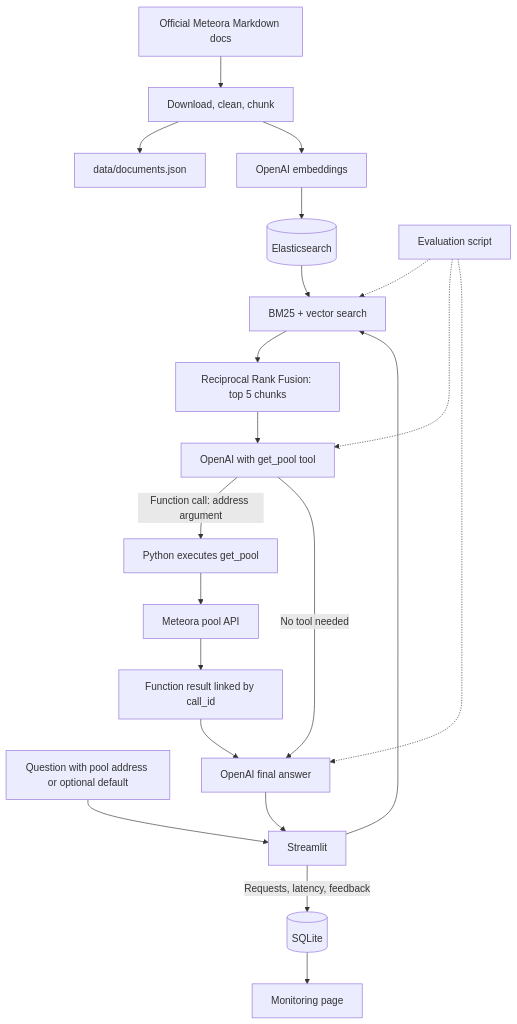
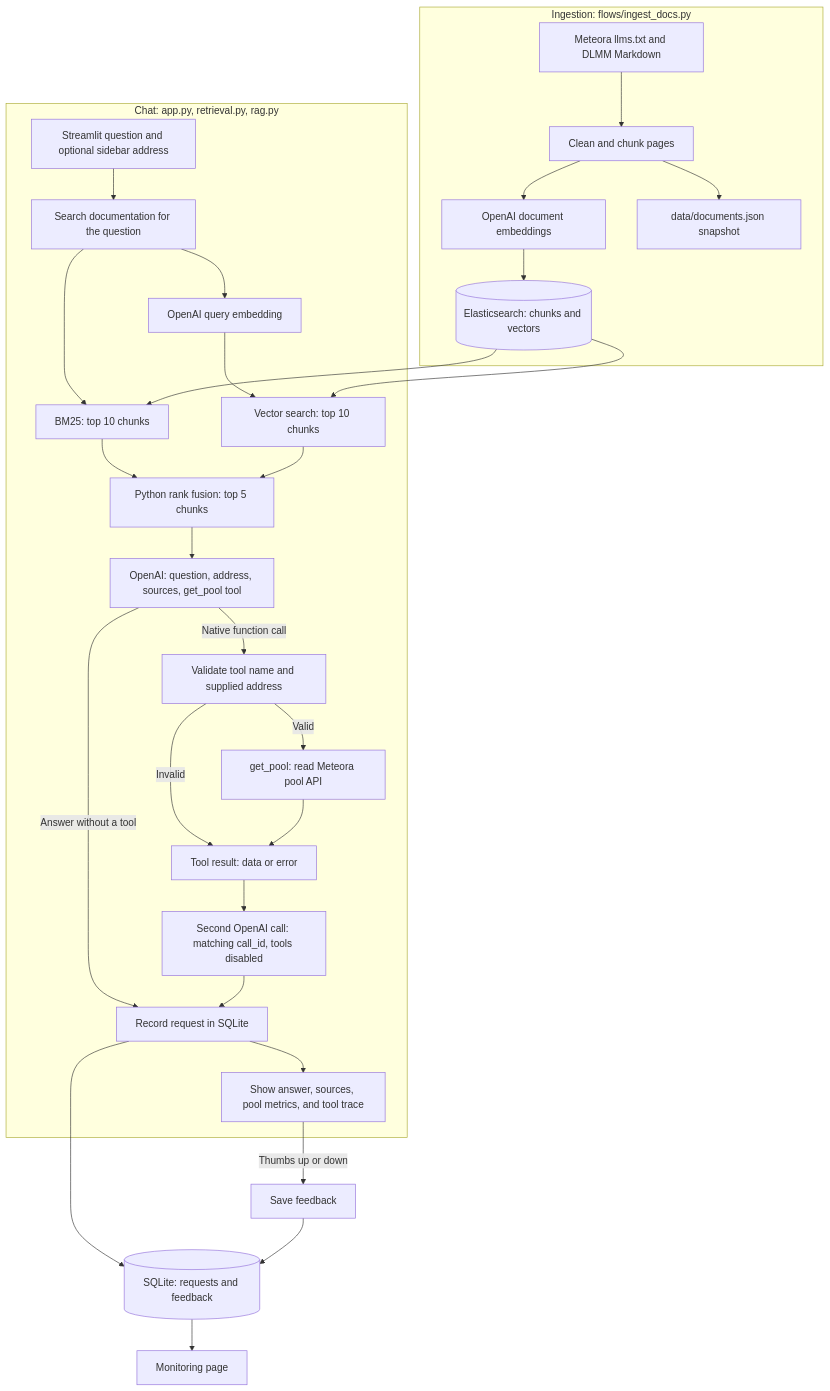
Before and after one commit to Nogromi/llmzoomcamp-capstone: the diagram in README.md, drawn with Mermaid. The commit also changed other lines of this file and 1 other file, not shown here.

Commit message:
Align architecture diagram and include documentation snapshot

````diff
--- a/README.md
+++ b/README.md
@@ -9,25 +9,34 @@
 ```mermaid
 flowchart TD
-    Docs[Official Meteora Markdown docs] --> Ingest[Download, clean, chunk]
-    Ingest --> JSON[data/documents.json]
-    Ingest --> Embed[OpenAI embeddings]
-    Embed --> ES[(Elasticsearch)]
+    subgraph Indexing[Ingestion: flows/ingest_docs.py]
+        Docs[Meteora llms.txt and DLMM Markdown] --> Chunks[Clean and chunk pages]
+        Chunks --> Embed[OpenAI document embeddings]
+        Embed --> ES[(Elasticsearch: chunks and vectors)]
+        Chunks --> JSON[data/documents.json snapshot]
+    end
 
-    User[Question with pool address or optional default] --> UI[Streamlit]
-    UI --> Search[BM25 + vector search]
-    ES --> Search
-    Search --> RRF[Reciprocal Rank Fusion: top 5 chunks]
-    RRF --> LLM[OpenAI with get_pool tool]
-    LLM -->|Function call: address argument| Tool[Python executes get_pool]
-    Tool --> Pool[Meteora pool API]
-    Pool --> Result[Function result linked by call_id]
-    Result --> Answer[OpenAI final answer]
-    LLM -->|No tool needed| Answer
-    Answer --> UI
-    UI -->|Requests, latency, feedback| DB[(SQLite)]
+    subgraph Chat[Chat: app.py, retrieval.py, rag.py]
+        Input[Streamlit question and optional sidebar address] --> Search[Search documentation for the question]
+        Search --> BM25[BM25: top 10 chunks]
+        Search --> QueryEmbed[OpenAI query embedding]
+        QueryEmbed --> Vector[Vector search: top 10 chunks]
+        ES --> BM25
+        ES --> Vector
+        BM25 --> RRF[Python rank fusion: top 5 chunks]
+        Vector --> RRF
+        RRF --> LLM[OpenAI: question, address, sources, get_pool tool]
+        LLM -->|Answer without a tool| Log[Record request in SQLite]
+        LLM -->|Native function call| Validate[Validate tool name and supplied address]
+        Validate -->|Valid| Pool[get_pool: read Meteora pool API]
+        Validate -->|Invalid| Result[Tool result: data or error]
+        Pool --> Result
+        Result --> Final[Second OpenAI call: matching call_id, tools disabled]
+        Final --> Log
+        Log --> View[Show answer, sources, pool metrics, and tool trace]
+    end
+
+    Log --> DB[(SQLite: requests and feedback)]
+    View -->|Thumbs up or down| Feedback[Save feedback]
+    Feedback --> DB
     DB --> Monitor[Monitoring page]
-
-    Eval[Evaluation script] -.-> Search
-    Eval -.-> LLM
-    Eval -.-> Answer
 ```
````
